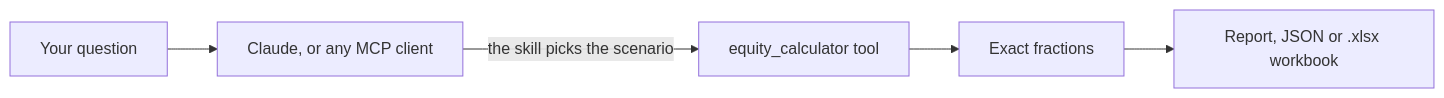
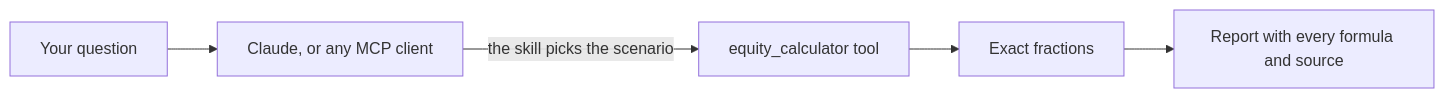
Before and after one commit to BwL1289/ai-vc-skills: the diagram in README.md, drawn with Mermaid. The commit also changed other lines of this file, not shown here.

First line of the commit message:
docs(readme): answerable waterfall example, no workbook promise for the plugin, clone marketplace path

````diff
--- a/README.md
+++ b/README.md
@@ -98,7 +99,7 @@
 ```mermaid
 flowchart LR
   Q["Your question"] --> C["Claude, or any MCP client"]
   C -->|"the skill picks the scenario"| T["equity_calculator tool"]
   T --> X["Exact fractions"]
-  X --> R["Report, JSON or .xlsx workbook"]
+  X --> R["Report with every formula and source"]
 ```
````
